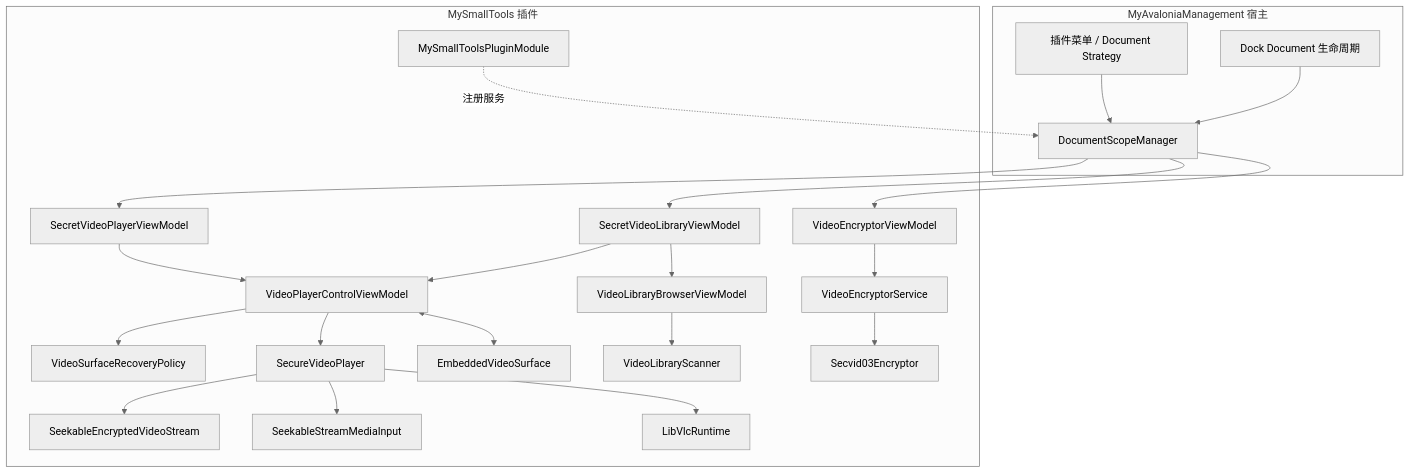
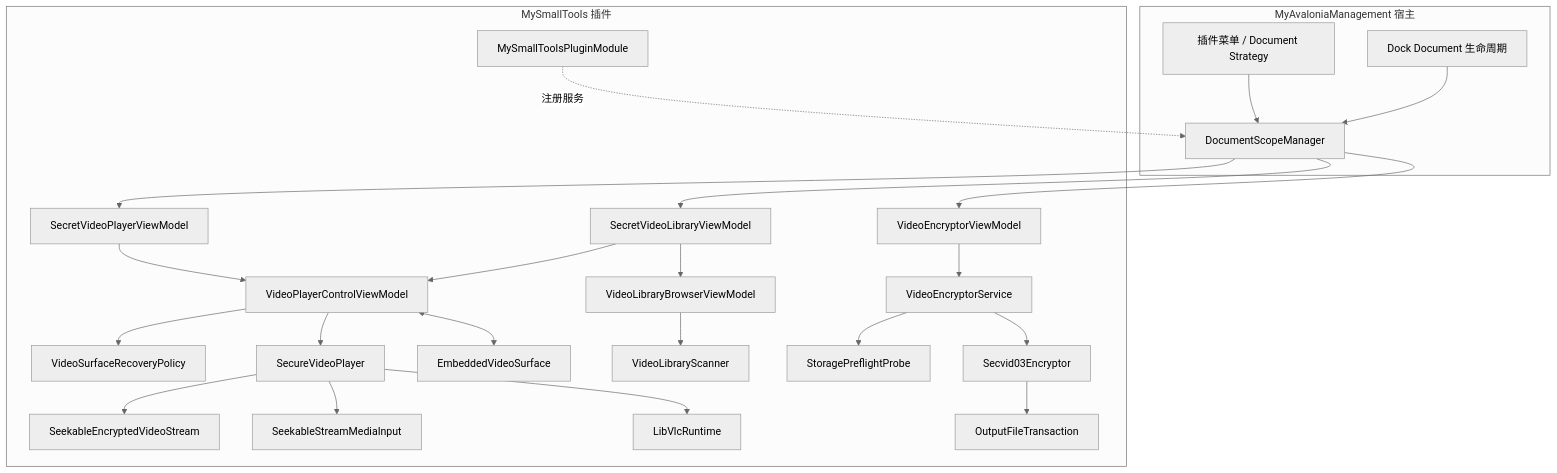
The first of 6 diagrams in Plugins/MySmallTools/MySmallTools/docs/secret-video-player/architecture-design.md (crownclowngx/avalonia_dock_simple_test), drawn with Mermaid (neutral theme) before and after one commit. The commit also changed other lines of this file and 28 other files, not shown here.

````diff
--- a/Plugins/MySmallTools/MySmallTools/docs/secret-video-player/architecture-design.md
+++ b/Plugins/MySmallTools/MySmallTools/docs/secret-video-player/architecture-design.md
@@ -32,45 +33,49 @@
 ```mermaid
 flowchart TB
     subgraph Host["MyAvaloniaManagement 宿主"]
         Menu["插件菜单 / Document Strategy"]
         ScopeManager["DocumentScopeManager"]
         Dock["Dock Document 生命周期"]
     end
 
     subgraph Plugin["MySmallTools 插件"]
         Module["MySmallToolsPluginModule"]
         PlayerDoc["SecretVideoPlayerViewModel"]
         LibraryDoc["SecretVideoLibraryViewModel"]
         BrowserVM["VideoLibraryBrowserViewModel"]
         Scanner["VideoLibraryScanner"]
         EncryptDoc["VideoEncryptorViewModel"]
         PlayerVM["VideoPlayerControlViewModel"]
         Recovery["VideoSurfaceRecoveryPolicy"]
         Player["SecureVideoPlayer"]
         EncryptService["VideoEncryptorService"]
         Encryptor["Secvid03Encryptor"]
+        Preflight["StoragePreflightProbe"]
+        Transaction["OutputFileTransaction"]
         Stream["SeekableEncryptedVideoStream"]
         Input["SeekableStreamMediaInput"]
         Runtime["LibVlcRuntime"]
         Surface["EmbeddedVideoSurface"]
     end
 
     Menu --> ScopeManager
     Dock --> ScopeManager
     Module -.->|注册服务| ScopeManager
     ScopeManager --> PlayerDoc
     ScopeManager --> LibraryDoc
     ScopeManager --> EncryptDoc
     PlayerDoc --> PlayerVM
     LibraryDoc --> PlayerVM
     LibraryDoc --> BrowserVM
     BrowserVM --> Scanner
     PlayerVM --> Recovery
     PlayerVM --> Player
     Player --> Stream
     Player --> Input
     Player --> Runtime
     PlayerVM <--> Surface
     EncryptDoc --> EncryptService
+    EncryptService --> Preflight
     EncryptService --> Encryptor
+    Encryptor --> Transaction
 ```
````
